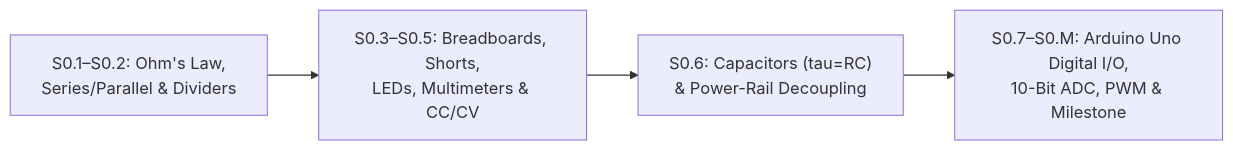
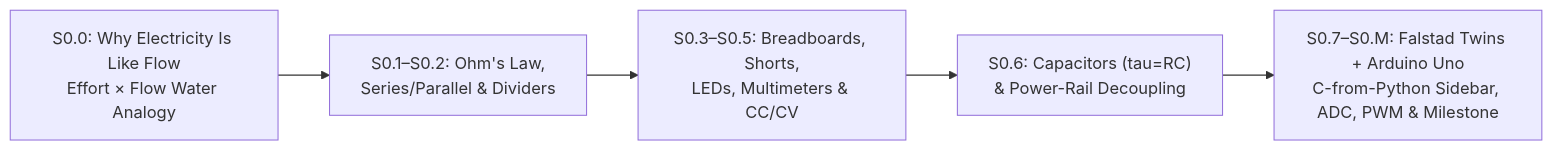
One commit to TLE47/Mechatronics-Roadmap changed the diagram in stage-0/README.md. Above: the diagram before and after it, drawn with Mermaid. The commit also changed other lines of this file and 35 other files, not shown here.

````diff
--- a/stage-0/README.md
+++ b/stage-0/README.md
@@ -5,6 +5,7 @@
 ```mermaid
 flowchart LR
-    DC["S0.1–S0.2: Ohm's Law,<br/>Series/Parallel & Dividers"] --> Lab["S0.3–S0.5: Breadboards, Shorts,<br/>LEDs, Multimeters & CC/CV"]
+    Flow["S0.0: Why Electricity Is Like Flow<br/>Effort × Flow Water Analogy"] --> DC["S0.1–S0.2: Ohm's Law,<br/>Series/Parallel & Dividers"]
+    DC --> Lab["S0.3–S0.5: Breadboards, Shorts,<br/>LEDs, Multimeters & CC/CV"]
     Lab --> Cap["S0.6: Capacitors (tau=RC)<br/>& Power-Rail Decoupling"]
-    Cap --> MCU["S0.7–S0.M: Arduino Uno Digital I/O,<br/>10-Bit ADC, PWM & Milestone"]
+    Cap --> MCU["S0.7–S0.M: Falstad Twins + Arduino Uno<br/>C-from-Python Sidebar, ADC, PWM & Milestone"]
 ```
````
